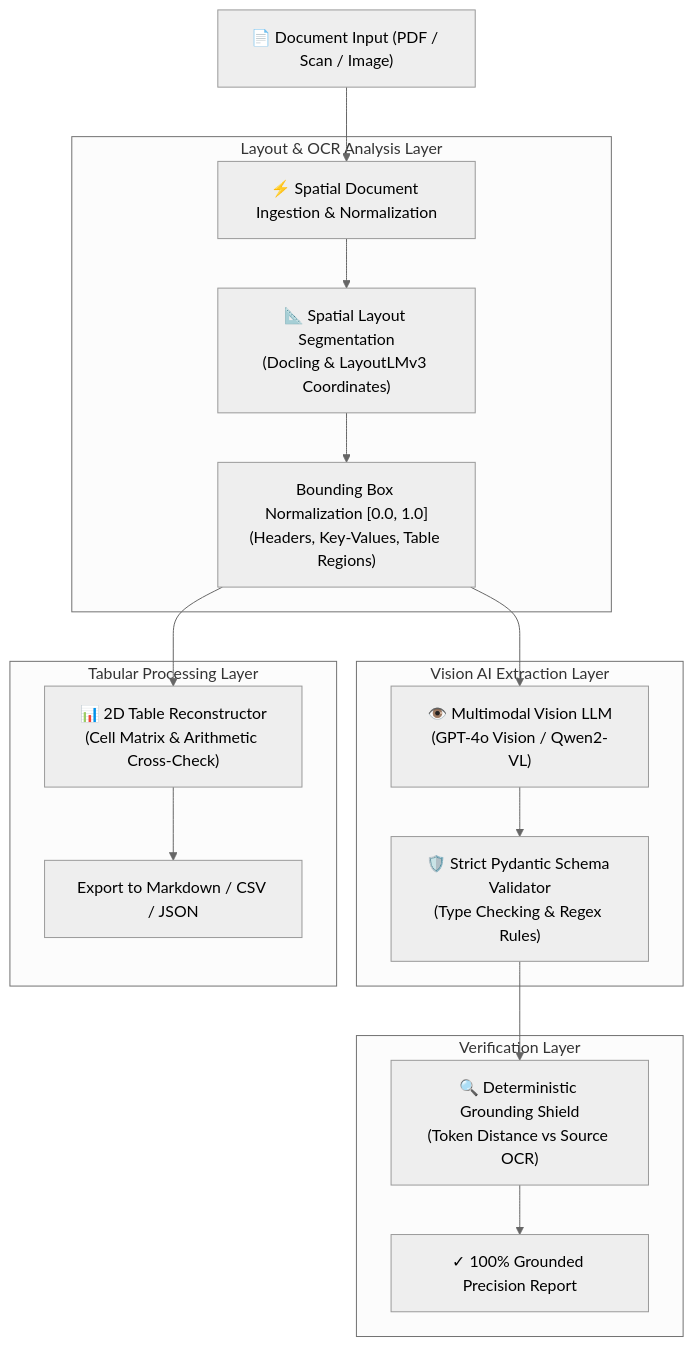
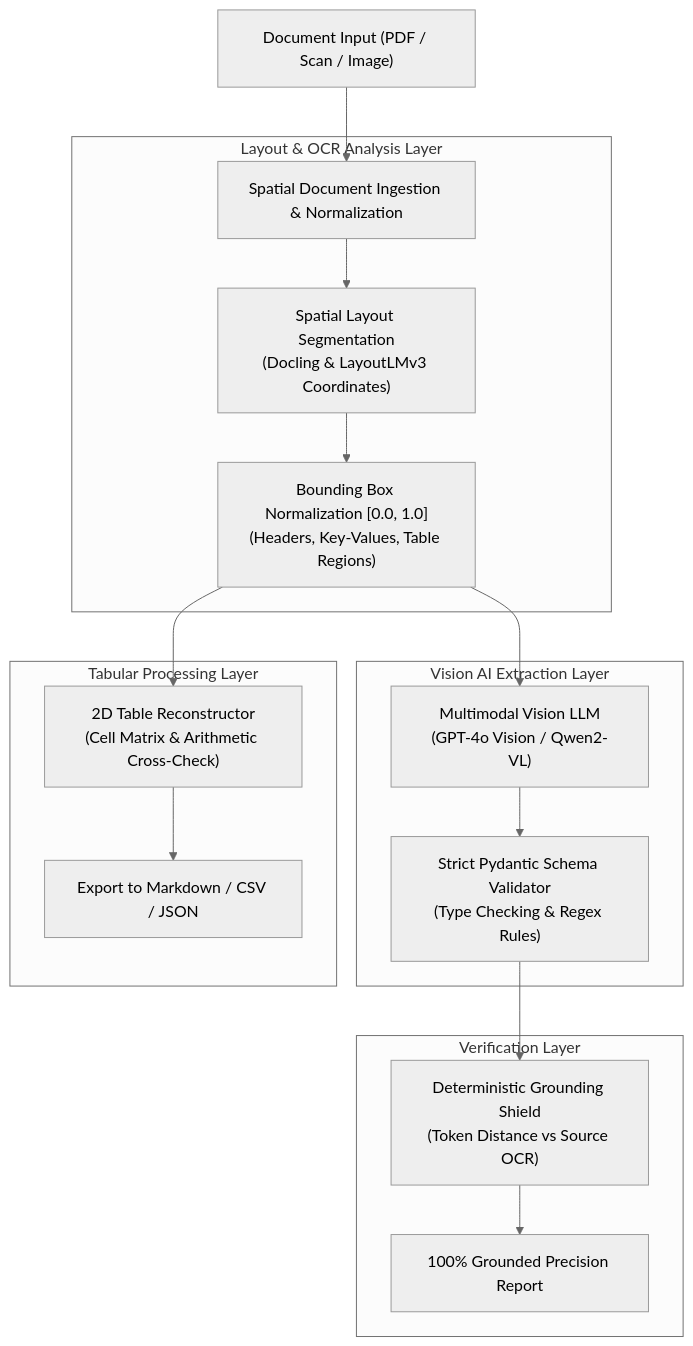
One commit to vi-nayKR/multimodal-document-intelligence changed the diagram in README.md. Above: the diagram before and after it, drawn with Mermaid (neutral theme). The commit also changed other lines of this file and 9 other files, not shown here.

````diff
--- a/README.md
+++ b/README.md
@@ -48,24 +48,24 @@
 ```mermaid
 flowchart TD
-    DocInput["📄 Document Input (PDF / Scan / Image)"] --> Ingestion["⚡ Spatial Document Ingestion & Normalization"]
+ DocInput[" Document Input (PDF / Scan / Image)"] --> Ingestion[" Spatial Document Ingestion & Normalization"]
 
-    subgraph SpatialTier ["Layout & OCR Analysis Layer"]
-        Ingestion --> LayoutEngine["📐 Spatial Layout Segmentation\n(Docling & LayoutLMv3 Coordinates)"]
-        LayoutEngine --> BoundingBoxes["Bounding Box Normalization [0.0, 1.0]\n(Headers, Key-Values, Table Regions)"]
-    end
+ subgraph SpatialTier ["Layout & OCR Analysis Layer"]
+ Ingestion --> LayoutEngine[" Spatial Layout Segmentation\n(Docling & LayoutLMv3 Coordinates)"]
+ LayoutEngine --> BoundingBoxes["Bounding Box Normalization [0.0, 1.0]\n(Headers, Key-Values, Table Regions)"]
+ end
 
-    subgraph VisionTier ["Vision AI Extraction Layer"]
-        BoundingBoxes --> VisionLLM["👁️ Multimodal Vision LLM\n(GPT-4o Vision / Qwen2-VL)"]
-        VisionLLM --> PydanticValidator["🛡️ Strict Pydantic Schema Validator\n(Type Checking & Regex Rules)"]
-    end
+ subgraph VisionTier ["Vision AI Extraction Layer"]
+ BoundingBoxes --> VisionLLM[" Multimodal Vision LLM\n(GPT-4o Vision / Qwen2-VL)"]
+ VisionLLM --> PydanticValidator[" Strict Pydantic Schema Validator\n(Type Checking & Regex Rules)"]
+ end
 
-    subgraph TableTier ["Tabular Processing Layer"]
-        BoundingBoxes --> TableReconstructor["📊 2D Table Reconstructor\n(Cell Matrix & Arithmetic Cross-Check)"]
-        TableReconstructor --> MultiExport["Export to Markdown / CSV / JSON"]
-    end
+ subgraph TableTier ["Tabular Processing Layer"]
+ BoundingBoxes --> TableReconstructor[" 2D Table Reconstructor\n(Cell Matrix & Arithmetic Cross-Check)"]
+ TableReconstructor --> MultiExport["Export to Markdown / CSV / JSON"]
+ end
 
-    subgraph VerificationTier ["Verification Layer"]
-        PydanticValidator --> GroundingShield["🔍 Deterministic Grounding Shield\n(Token Distance vs Source OCR)"]
-        GroundingShield --> GroundingScore["✓ 100% Grounded Precision Report"]
-    end
+ subgraph VerificationTier ["Verification Layer"]
+ PydanticValidator --> GroundingShield[" Deterministic Grounding Shield\n(Token Distance vs Source OCR)"]
+ GroundingShield --> GroundingScore[" 100% Grounded Precision Report"]
+ end
 ```
````
